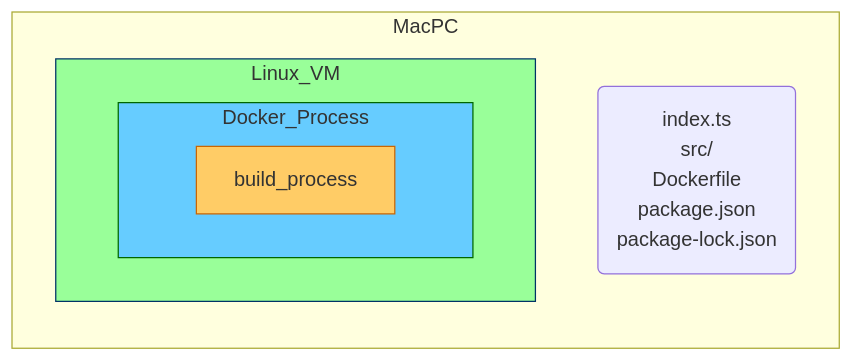
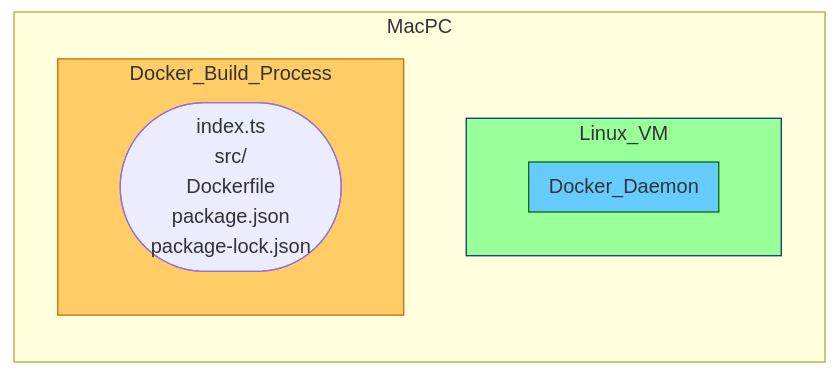
One commit to higaki-takanori/zenn-books changed the first of 5 diagrams in articles/docker-build.md. Above: the diagram before and after it, drawn with Mermaid. The commit also changed other lines of this file, not shown here.

Commit message:
:sparkles: docker-buildの記事 docker daemon と docker client の概念を記事に追加

````diff
--- a/articles/docker-build.md
+++ b/articles/docker-build.md
@@ -74,15 +74,16 @@
 ```mermaid
 flowchart LR
-  context("index.ts<br>src/<br>Dockerfile<br>package.json<br>package-lock.json")
+    context(["index.ts<br>src/<br>Dockerfile<br>package.json<br>package-lock.json"])
     subgraph MacPC
         subgraph Linux_VM
-            subgraph Docker_Process
-                build_process[build_process]
+            subgraph Docker_Daemon
             end
         end
-        context
+        subgraph Docker_Build_Process
+            context
+        end
     end
     style Linux_VM fill:#99ff99,stroke:#003366
-    style Docker_Process fill:#66ccff,stroke:#006600
-    style build_process fill:#ffcc66,stroke:#cc6600
+    style Docker_Daemon fill:#66ccff,stroke:#006600
+    style Docker_Build_Process fill:#ffcc66,stroke:#cc6600
 ```
````
